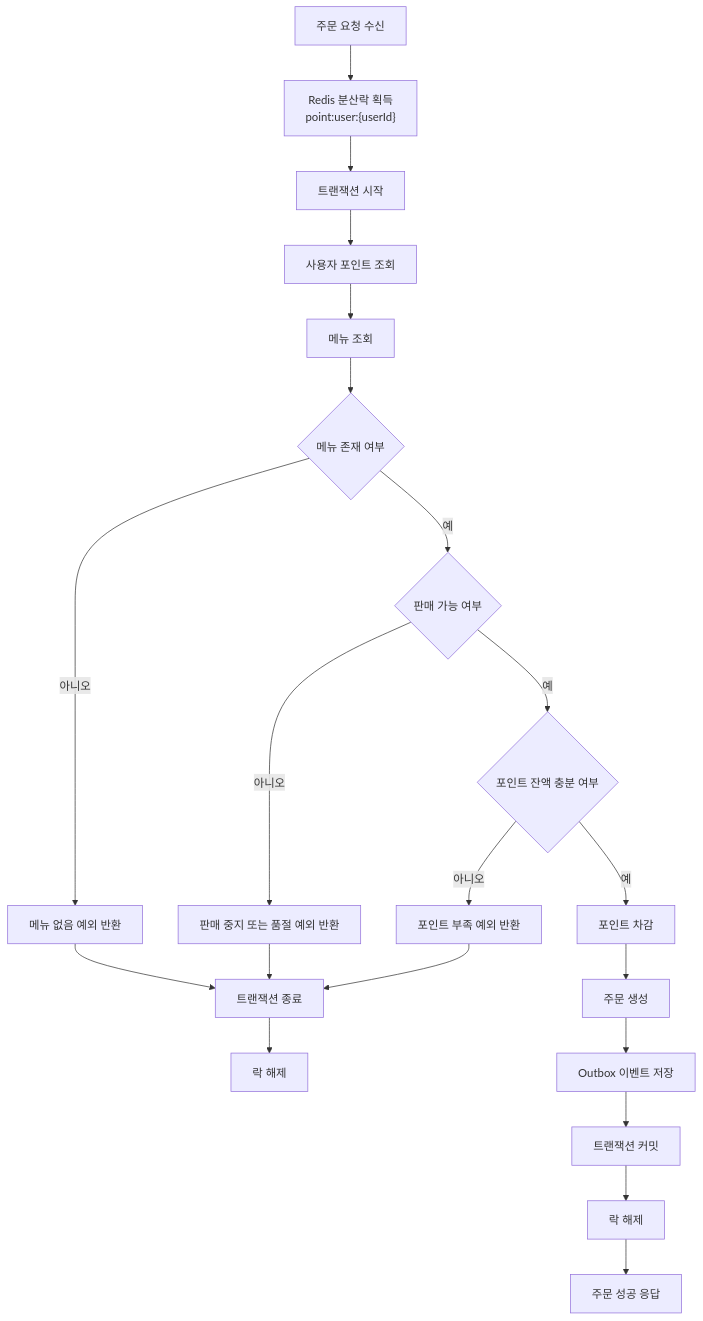
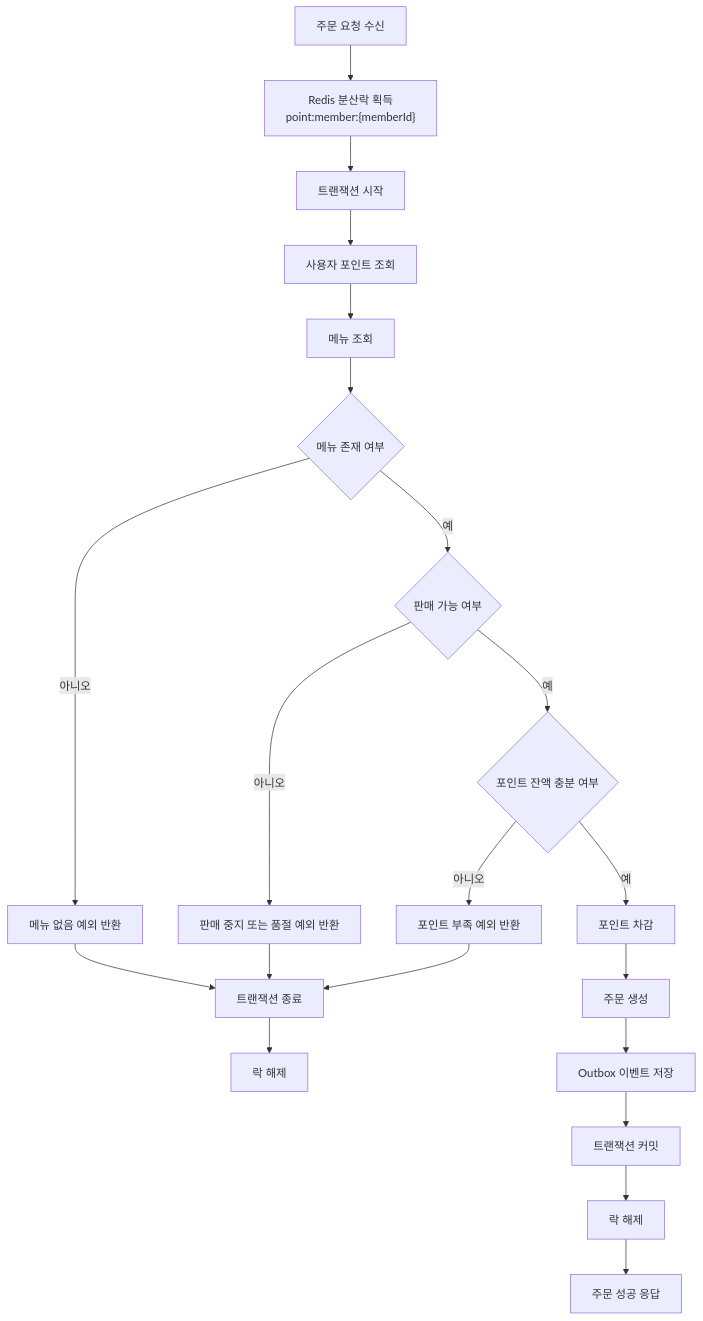
Before and after one commit to easyhyeon3232/k-Service-coffee: the second of 4 diagrams in docs/ARCHITECTURE.md, drawn with Mermaid. The commit also changed 2 other files, not shown here.

Commit message:
docs: 프로젝트 문서와 PR 자동 리뷰 환경 정리

````diff
--- a/docs/ARCHITECTURE.md
+++ b/docs/ARCHITECTURE.md
@@ -57,27 +57,27 @@
 ```mermaid
 flowchart TD
-    A["주문 요청 수신"] --> B["Redis 분산락 획득<br/>point:user:{userId}"]
+    A["주문 요청 수신"] --> B["Redis 분산락 획득<br/>point:member:{memberId}"]
     B --> C["트랜잭션 시작"]
     C --> D["사용자 포인트 조회"]
     D --> E["메뉴 조회"]
     E --> F{"메뉴 존재 여부"}
 
     F -- "아니오" --> G["메뉴 없음 예외 반환"]
     G --> H["트랜잭션 종료"]
     H --> I["락 해제"]
 
     F -- "예" --> J{"판매 가능 여부"}
     J -- "아니오" --> K["판매 중지 또는 품절 예외 반환"]
     K --> H
 
     J -- "예" --> L{"포인트 잔액 충분 여부"}
     L -- "아니오" --> M["포인트 부족 예외 반환"]
     M --> H
 
     L -- "예" --> N["포인트 차감"]
     N --> O["주문 생성"]
     O --> P["Outbox 이벤트 저장"]
     P --> Q["트랜잭션 커밋"]
     Q --> R["락 해제"]
     R --> S["주문 성공 응답"]
 ```
````
